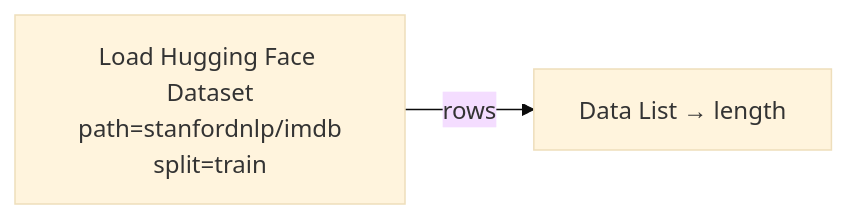
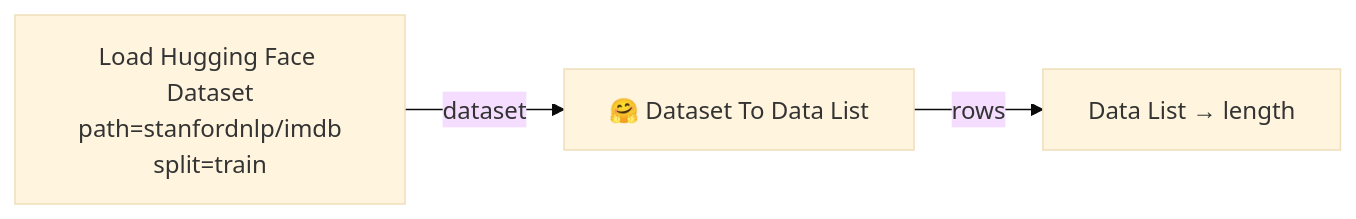
The first of 5 diagrams in README.md (StableLlama/ComfyUI-huggingface_dataset), drawn with Mermaid (base theme) before and after one commit. The commit also changed other lines of this file and 13 other files, not shown here.

````diff
--- a/README.md
+++ b/README.md
@@ -163,4 +182,5 @@
 ```mermaid
 flowchart LR
-    A[Load Hugging Face Dataset<br/>path=stanfordnlp/imdb<br/>split=train] -->|rows| B[Data List → length]
+    A[Load Hugging Face Dataset<br/>path=stanfordnlp/imdb<br/>split=train] -->|dataset| D[🤗 Dataset To Data List]
+    D -->|rows| B[Data List → length]
 ```
````
